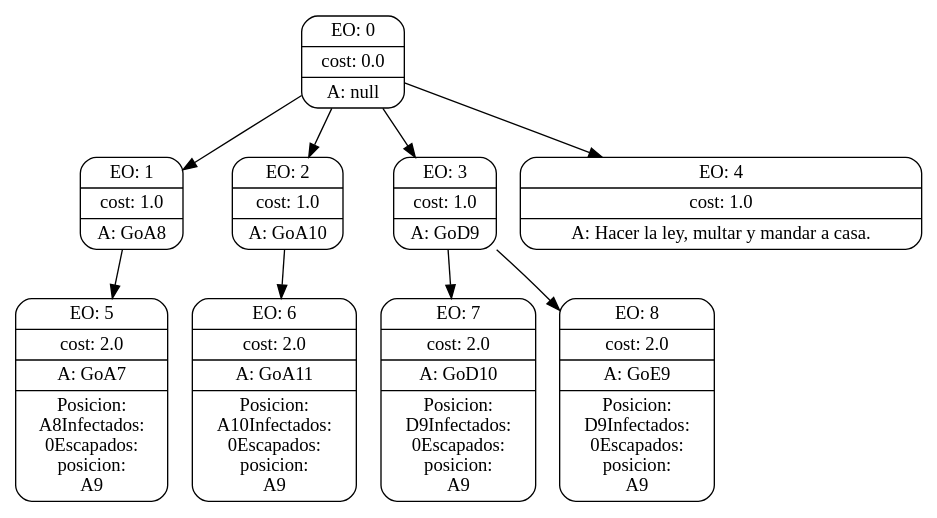
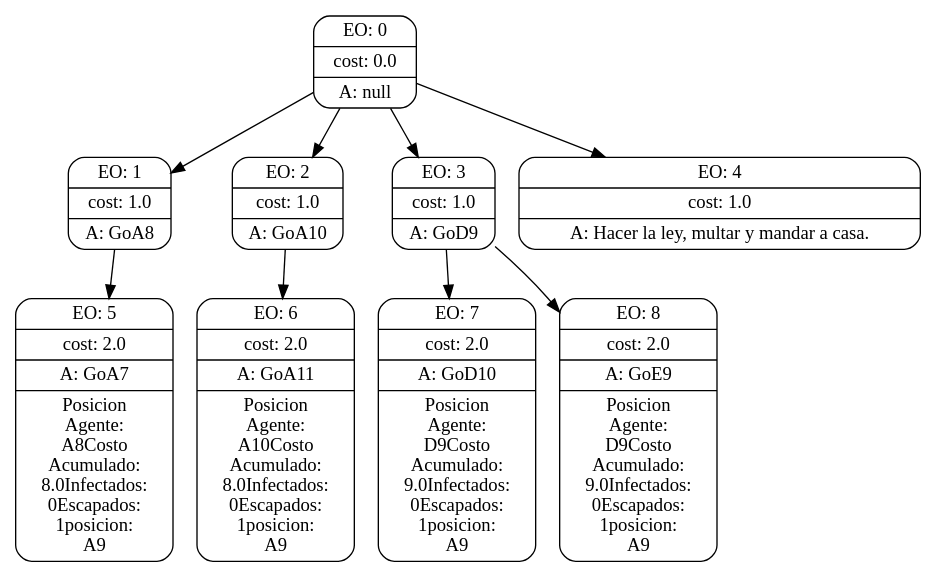
One commit to eliasbrizi/tp1IA changed the diagram in inteligenciaArtificialTP1/searchGVTrees/7.dot. Above: the diagram before and after it, drawn with Graphviz. The commit also changed 570 other files, not shown here.

```diff
--- a/inteligenciaArtificialTP1/searchGVTrees/7.dot
+++ b/inteligenciaArtificialTP1/searchGVTrees/7.dot
@@ -1,46 +1,54 @@
 digraph g {
 node [shape = Mrecord];
 nodo0[label="{EO: 0|cost: 0.0|A: null}"]
 nodo1[label="{EO: 1|cost: 1.0|A: GoA8}"]
-nodo5[label="{EO: 5|cost: 2.0|A: GoA7|Posicion:\nA8
+nodo5[label="{EO: 5|cost: 2.0|A: GoA7|
+Posicion\nAgente:\nA8
+Costo\nAcumulado:\n8.0
 Infectados:\n0
-Escapados:\n
-posicion:\nA9
+Escapados:\n1
+	posicion:\nA9
 }"]
 
 nodo1 -> nodo5;
 
 nodo0 -> nodo1;
 nodo2[label="{EO: 2|cost: 1.0|A: GoA10}"]
-nodo6[label="{EO: 6|cost: 2.0|A: GoA11|Posicion:\nA10
+nodo6[label="{EO: 6|cost: 2.0|A: GoA11|
+Posicion\nAgente:\nA10
+Costo\nAcumulado:\n8.0
 Infectados:\n0
-Escapados:\n
-posicion:\nA9
+Escapados:\n1
+	posicion:\nA9
 }"]
 
 nodo2 -> nodo6;
 
 nodo0 -> nodo2;
 nodo3[label="{EO: 3|cost: 1.0|A: GoD9}"]
-nodo7[label="{EO: 7|cost: 2.0|A: GoD10|Posicion:\nD9
+nodo7[label="{EO: 7|cost: 2.0|A: GoD10|
+Posicion\nAgente:\nD9
+Costo\nAcumulado:\n9.0
 Infectados:\n0
-Escapados:\n
-posicion:\nA9
+Escapados:\n1
+	posicion:\nA9
 }"]
 
 nodo3 -> nodo7;
-nodo8[label="{EO: 8|cost: 2.0|A: GoE9|Posicion:\nD9
+nodo8[label="{EO: 8|cost: 2.0|A: GoE9|
+Posicion\nAgente:\nD9
+Costo\nAcumulado:\n9.0
 Infectados:\n0
-Escapados:\n
-posicion:\nA9
+Escapados:\n1
+	posicion:\nA9
 }"]
 
 nodo3 -> nodo8;
 
 nodo0 -> nodo3;
 nodo4[label="{EO: 4|cost: 1.0|A: Hacer la ley, multar y mandar a casa.}"]
 
 nodo0 -> nodo4;
 
 
 }
```
